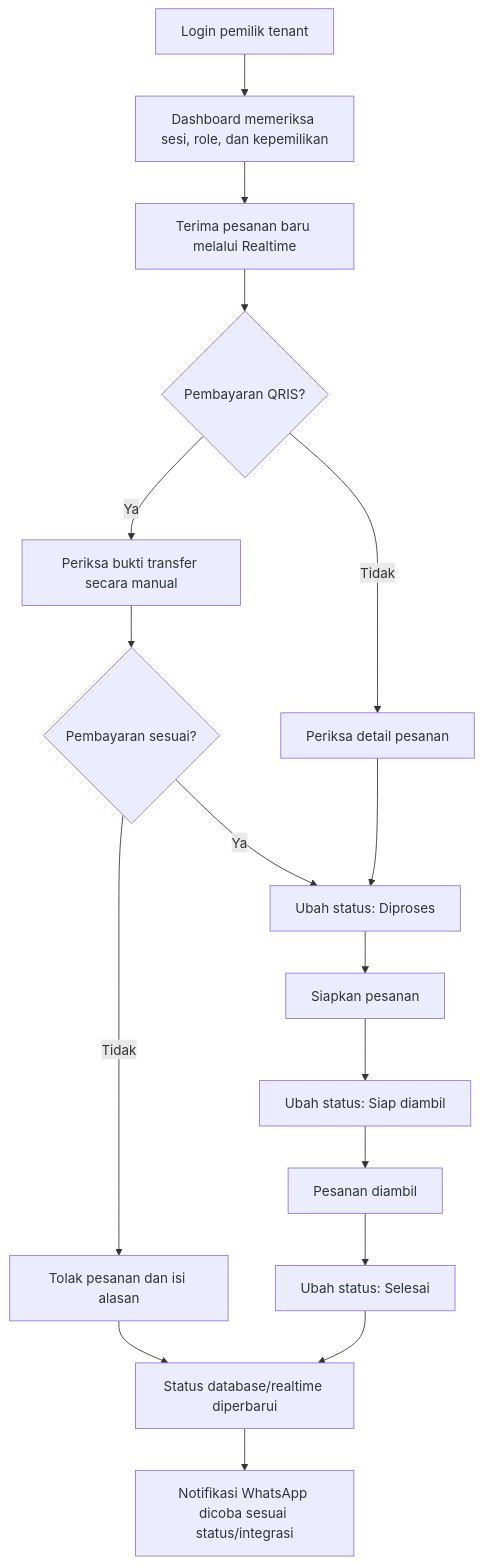
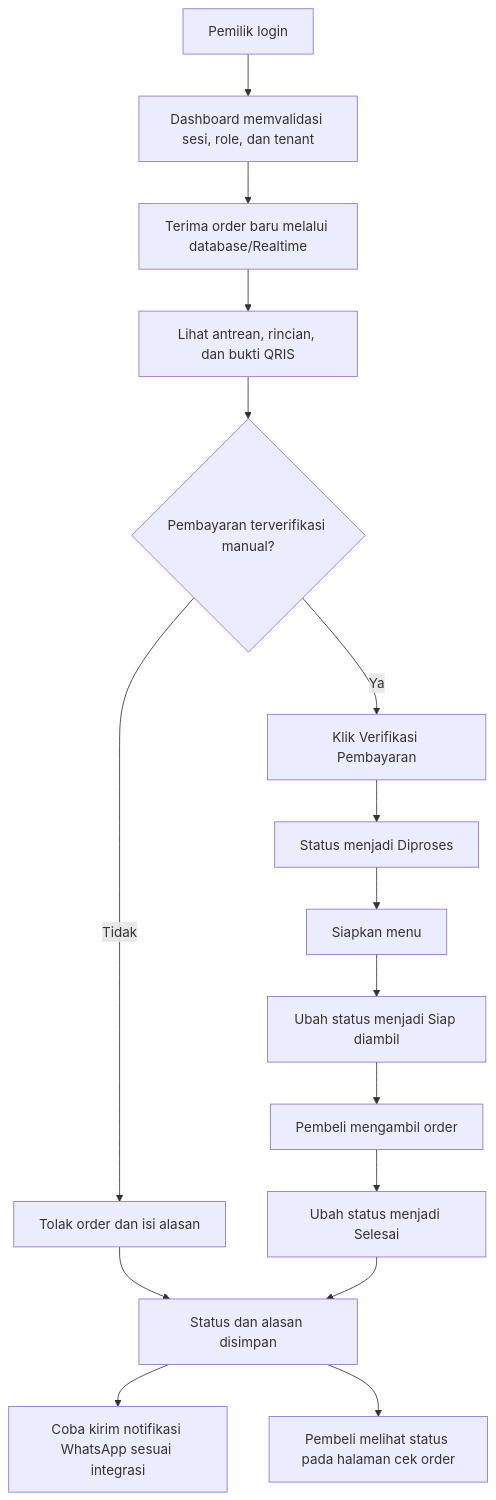
Before and after one commit to nandayudhistirawibowo/SiKantin: the third of 7 diagrams in FLOWCHART.md, drawn with Mermaid. The commit also changed other lines of this file and 3 other files, not shown here.

Commit message:
Dokumentasi lengkap: PRD, Flowchart, Database, dan Presentasi

````diff
--- a/FLOWCHART.md
+++ b/FLOWCHART.md
@@ -53,19 +71,18 @@
 ```mermaid
 flowchart TD
-    A[Login pemilik tenant] --> B[Dashboard memeriksa sesi, role, dan kepemilikan]
-    B --> C[Terima pesanan baru melalui Realtime]
-    C --> D{Pembayaran QRIS?}
-    D -- Ya --> E[Periksa bukti transfer secara manual]
-    D -- Tidak --> F[Periksa detail pesanan]
-    E --> G{Pembayaran sesuai?}
-    G -- Tidak --> H[Tolak pesanan dan isi alasan]
-    G -- Ya --> I[Ubah status: Diproses]
-    F --> I
-    I --> J[Siapkan pesanan]
-    J --> K[Ubah status: Siap diambil]
-    K --> L[Pesanan diambil]
-    L --> M[Ubah status: Selesai]
-    H --> N[Status database/realtime diperbarui]
-    M --> N
-    N --> O[Notifikasi WhatsApp dicoba sesuai status/integrasi]
+    A[Pemilik login] --> B[Dashboard memvalidasi sesi, role, dan tenant]
+    B --> C[Terima order baru melalui database/Realtime]
+    C --> D[Lihat antrean, rincian, dan bukti QRIS]
+    D --> E{Pembayaran terverifikasi manual?}
+    E -- Tidak --> F[Tolak order dan isi alasan]
+    E -- Ya --> G[Klik Verifikasi Pembayaran]
+    G --> H[Status menjadi Diproses]
+    H --> I[Siapkan menu]
+    I --> J[Ubah status menjadi Siap diambil]
+    J --> K[Pembeli mengambil order]
+    K --> L[Ubah status menjadi Selesai]
+    F --> M[Status dan alasan disimpan]
+    L --> M
+    M --> N[Coba kirim notifikasi WhatsApp sesuai integrasi]
+    M --> O[Pembeli melihat status pada halaman cek order]
 ```
````
